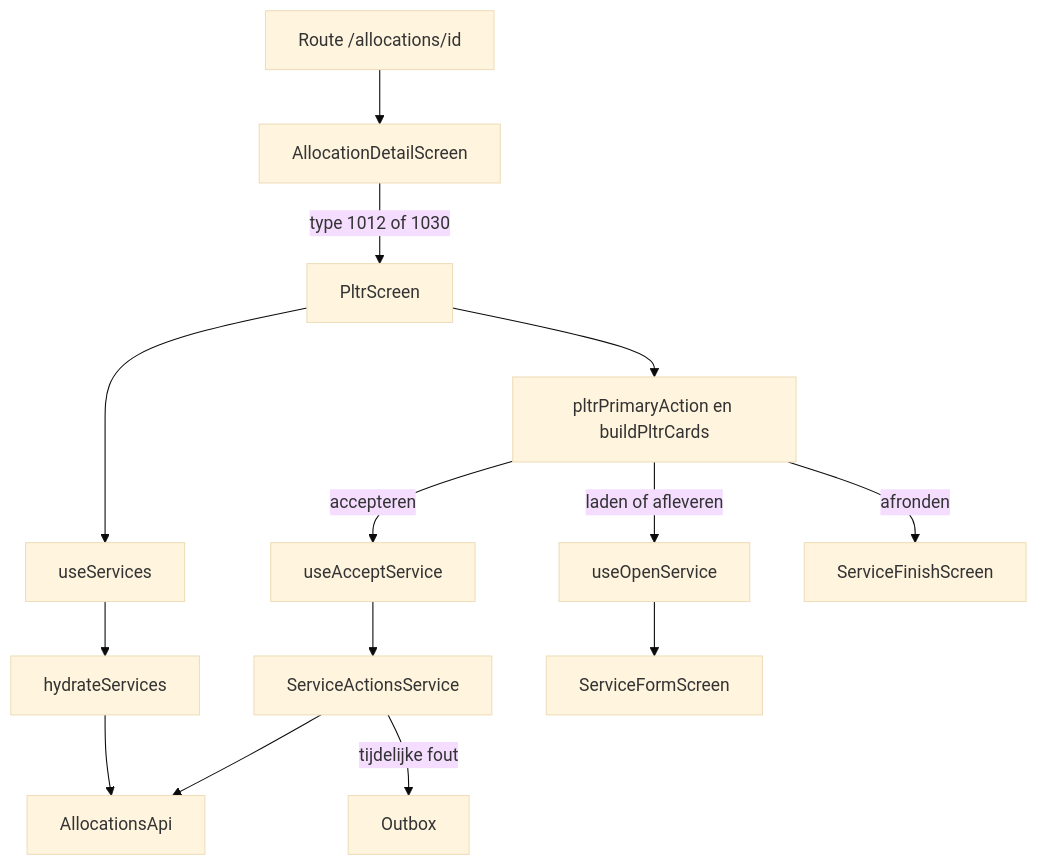
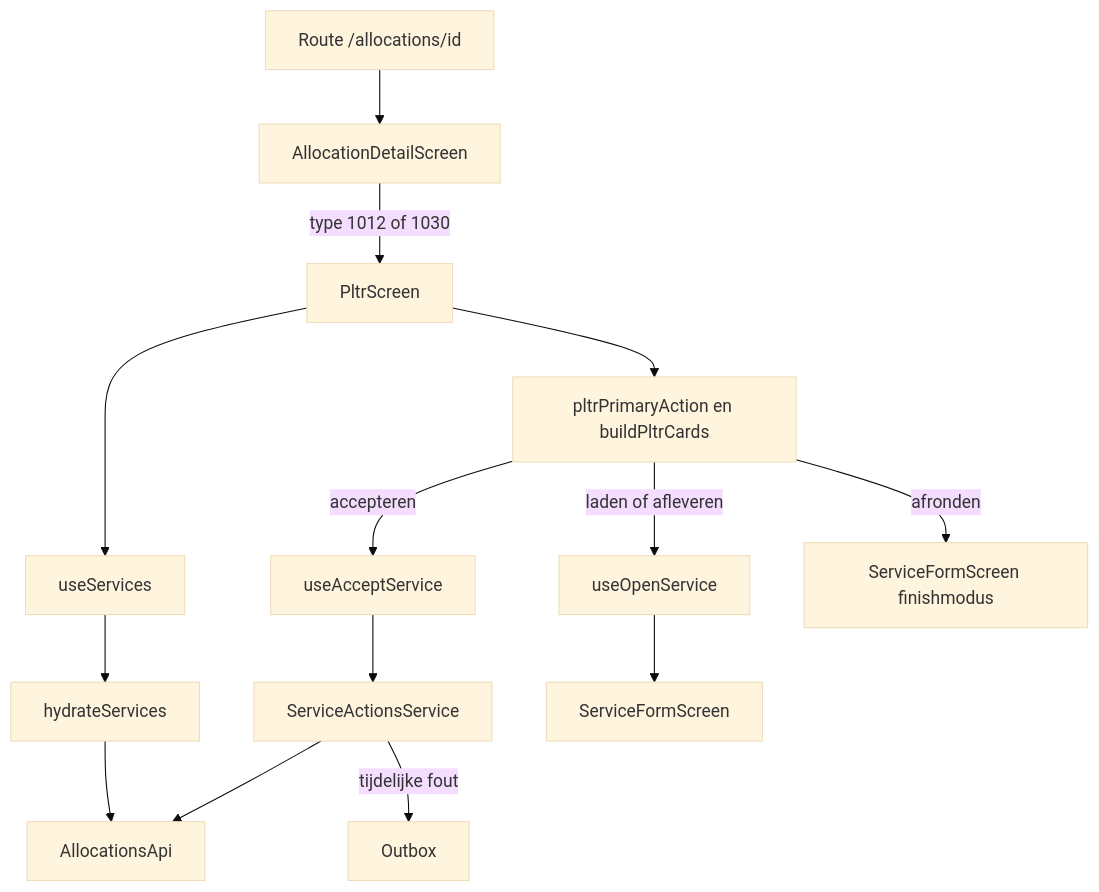
The diagram in docs/wiki/pltr.md (crfarber/vaneijck-berger-app), drawn with Mermaid (base theme) before and after one commit. The commit also changed other lines of this file and 75 other files, not shown here.

````diff
--- a/docs/wiki/pltr.md
+++ b/docs/wiki/pltr.md
@@ -14,16 +14,16 @@
 ```mermaid
 flowchart TD
   A[Route /allocations/id] --> B[AllocationDetailScreen]
   B -->|type 1012 of 1030| C[PltrScreen]
   C --> D[useServices]
   D --> E[hydrateServices]
   E --> F[AllocationsApi]
   C --> G[pltrPrimaryAction en buildPltrCards]
   G -->|accepteren| H[useAcceptService]
   H --> I[ServiceActionsService]
   I --> F
   I -->|tijdelijke fout| J[Outbox]
   G -->|laden of afleveren| K[useOpenService]
   K --> L[ServiceFormScreen]
-  G -->|afronden| M[ServiceFinishScreen]
+  G -->|afronden| M[ServiceFormScreen finishmodus]
 ```
````
